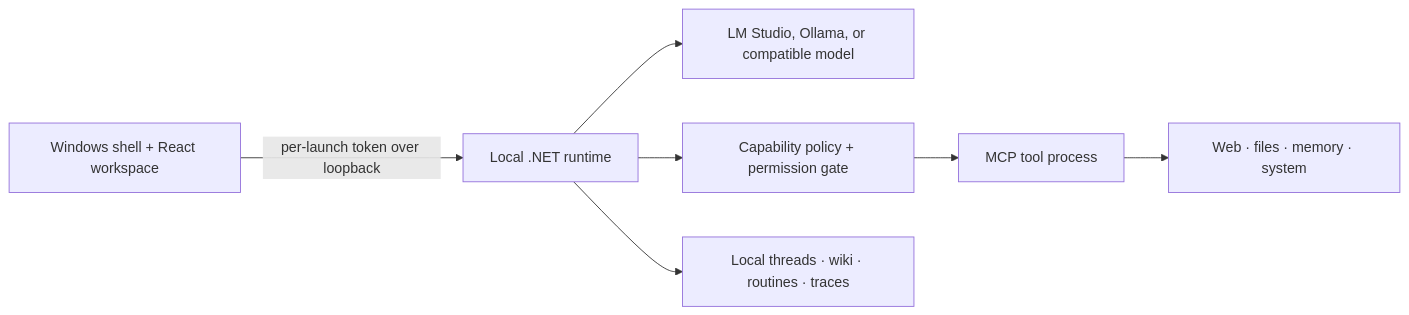
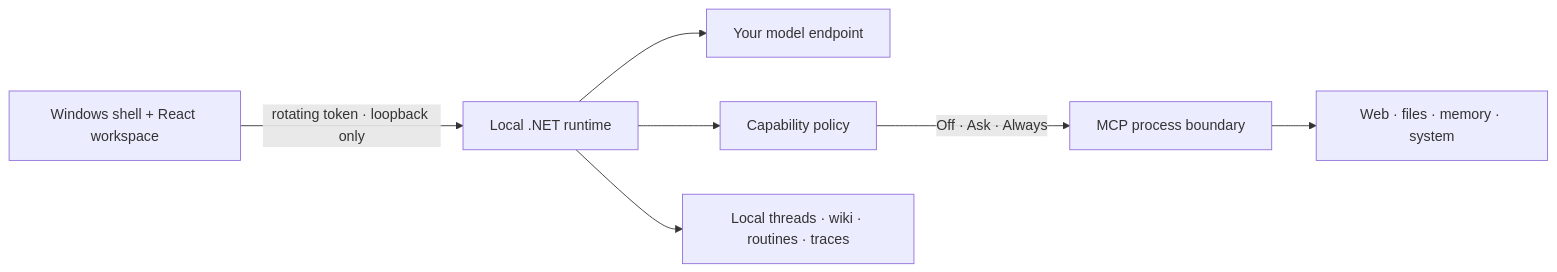
One commit to raydeStar/sir-thaddeus changed the diagram in README.md. Above: the diagram before and after it, drawn with Mermaid. The commit also changed other lines of this file and 7 other files, not shown here.

````diff
--- a/README.md
+++ b/README.md
@@ -118,9 +110,9 @@
 ```mermaid
 flowchart LR
-    UI["Windows shell + React workspace"] -->|"per-launch token over loopback"| RT["Local .NET runtime"]
-    RT --> MODEL["LM Studio, Ollama, or compatible model"]
-    RT --> POLICY["Capability policy + permission gate"]
-    POLICY --> MCP["MCP tool process"]
+    UI["Windows shell + React workspace"] -->|"rotating token · loopback only"| RT["Local .NET runtime"]
+    RT --> MODEL["Your model endpoint"]
+    RT --> POLICY["Capability policy"]
+    POLICY -->|"Off · Ask · Always"| MCP["MCP process boundary"]
     MCP --> TOOLS["Web · files · memory · system"]
     RT --> DATA["Local threads · wiki · routines · traces"]
 ```
````
